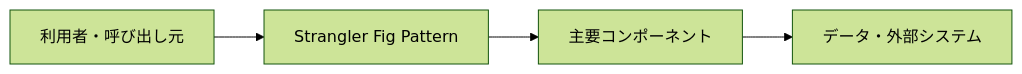
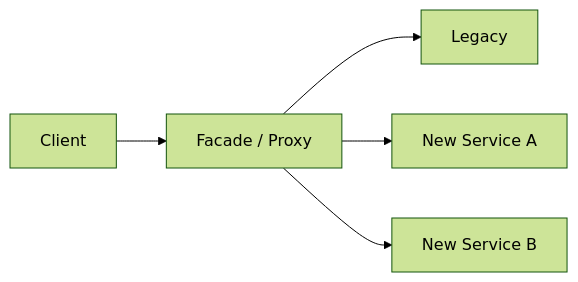
One commit to t-shirayama/architecture-notes changed the diagram in docs/エンタープライズ統合・連携系/ストラングラーフィグパターン.md. Above: the diagram before and after it, drawn with Mermaid (forest theme). The commit also changed other lines of this file and 32 other files, not shown here.

Commit message:
docs: refine remaining architecture notes

````diff
--- a/docs/エンタープライズ統合・連携系/ストラングラーフィグパターン.md
+++ b/docs/エンタープライズ統合・連携系/ストラングラーフィグパターン.md
@@ -24,6 +28,7 @@
 ```mermaid
 flowchart LR
-    A[利用者・呼び出し元] --> B[Strangler Fig Pattern]
-    B --> C[主要コンポーネント]
-    C --> D[データ・外部システム]
+    Client --> Facade[Facade / Proxy]
+    Facade --> Legacy[Legacy]
+    Facade --> NewA[New Service A]
+    Facade --> NewB[New Service B]
 ```
````
